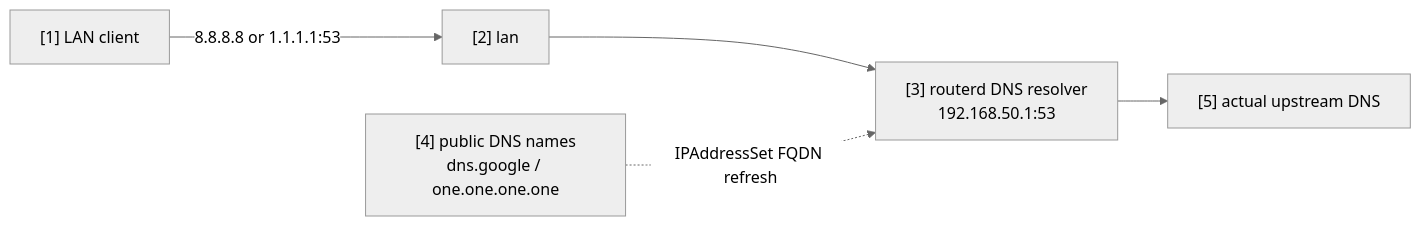
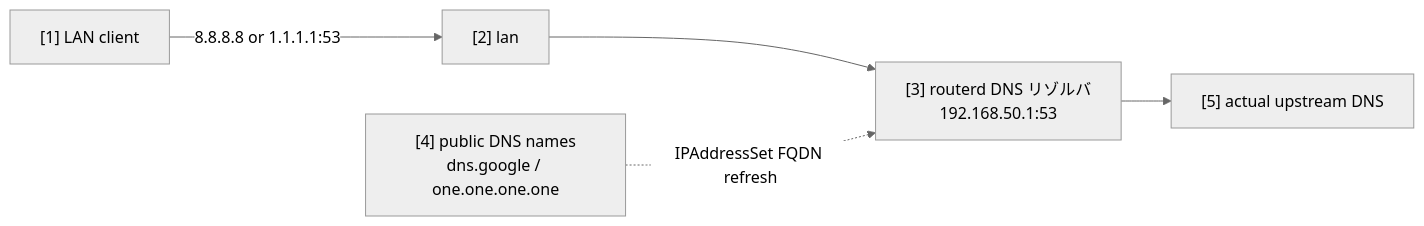
The diagram in website/i18n/ja/docusaurus-plugin-content-docs/current/config-examples/local-dns-redirect.md (imksoo/routerd), drawn with Mermaid (neutral theme) before and after one commit. The commit also changed 39 other files, not shown here.

````diff
--- a/website/i18n/ja/docusaurus-plugin-content-docs/current/config-examples/local-dns-redirect.md
+++ b/website/i18n/ja/docusaurus-plugin-content-docs/current/config-examples/local-dns-redirect.md
@@ -16,12 +16,12 @@
 ```mermaid
 flowchart LR
   client["[1] LAN client"]
   lan["[2] lan"]
-  router["[3] routerd DNS resolver<br/>192.168.50.1:53"]
+  router["[3] routerd DNS リゾルバ<br/>192.168.50.1:53"]
   public["[4] public DNS names<br/>dns.google / one.one.one.one"]
   upstream["[5] actual upstream DNS"]
 
   client -- "8.8.8.8 or 1.1.1.1:53" --> lan --> router
   router --> upstream
   public -. "IPAddressSet FQDN refresh" .-> router
 ```
````
